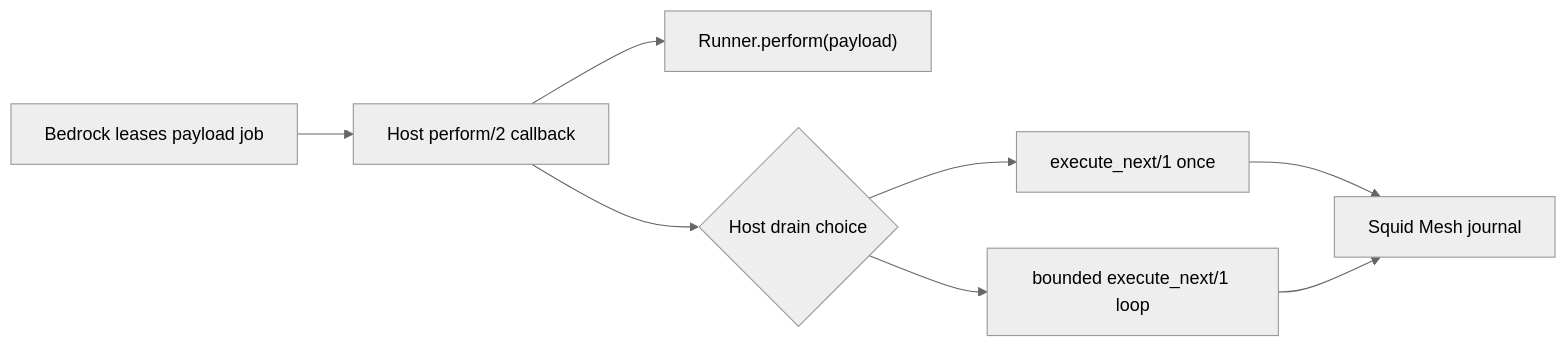
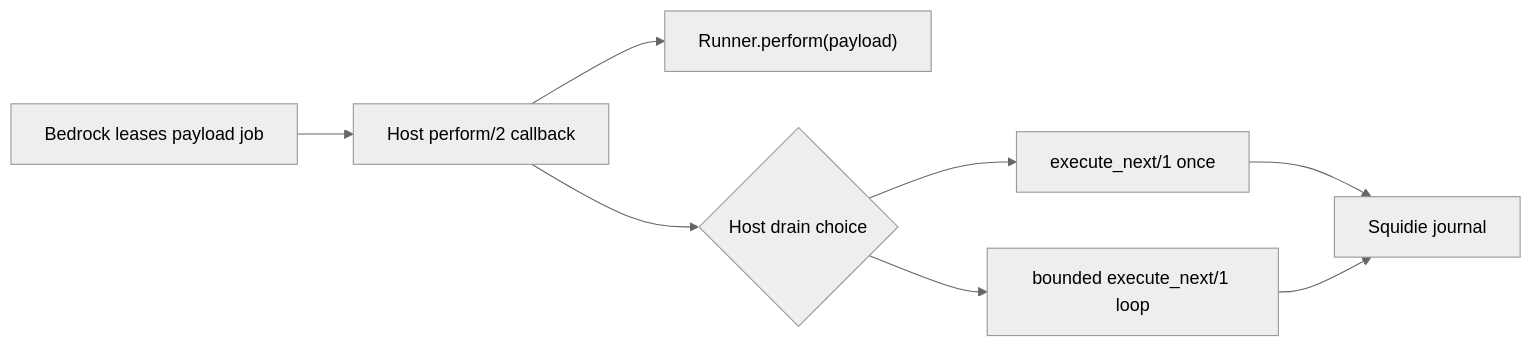
One commit to agentjido/jizoku changed the first of 2 diagrams in README.md. Above: the diagram before and after it, drawn with Mermaid (neutral theme). The commit also changed other lines of this file and 383 other files, not shown here.

First line of the commit message:
chore: rebrand squid mesh to squidie

````diff
--- a/README.md
+++ b/README.md
@@ -252,10 +252,10 @@
 ```mermaid
 flowchart LR
   Bedrock["Bedrock leases payload job"] --> Callback["Host perform/2 callback"]
   Callback --> Payload["Runner.perform(payload)"]
   Callback --> Choice{"Host drain choice"}
   Choice --> Once["execute_next/1 once"]
   Choice --> Loop["bounded execute_next/1 loop"]
-  Once --> Journal["Squid Mesh journal"]
+  Once --> Journal["Squidie journal"]
   Loop --> Journal
 ```
````
